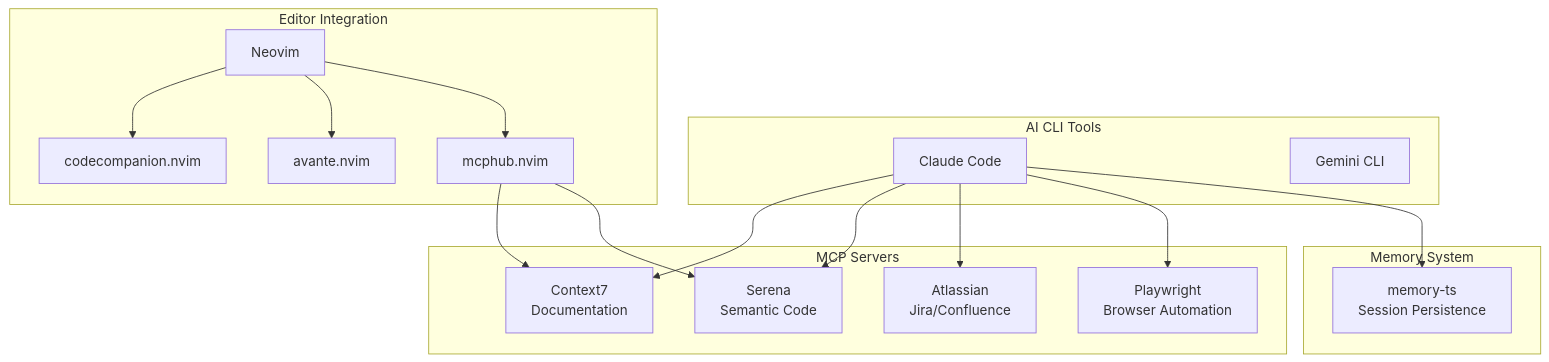
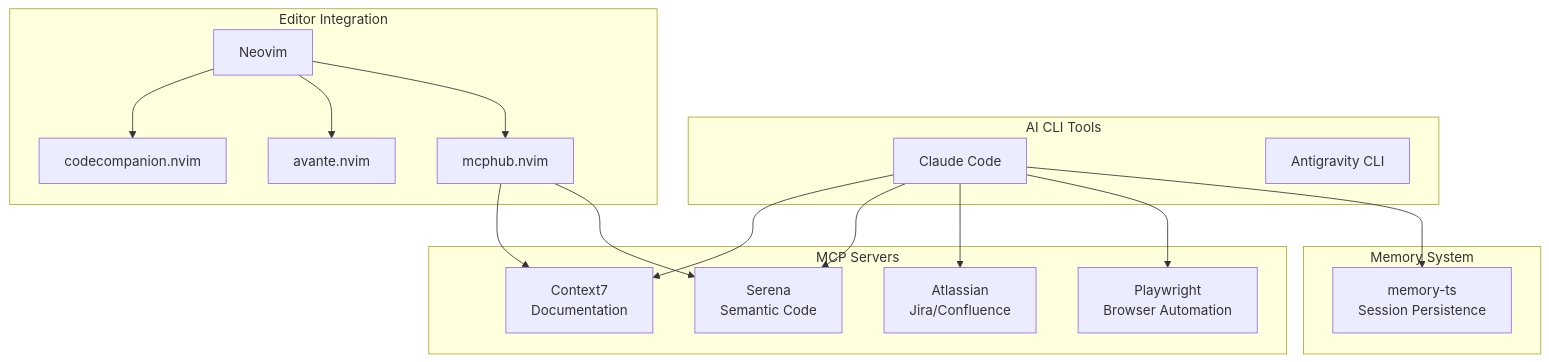
The first of 7 diagrams in docs/AI-MCP-ARCHITECTURE.md (idjoo/dotfiles), drawn with Mermaid before and after one commit. The commit also changed other lines of this file and 3 other files, not shown here.

Commit message:
docs(ai): 📝 rename gemini-cli docs to antigravity-cli

````diff
--- a/docs/AI-MCP-ARCHITECTURE.md
+++ b/docs/AI-MCP-ARCHITECTURE.md
@@ -22,37 +22,37 @@
 ```mermaid
 graph TB
     subgraph "AI CLI Tools"
         CC[Claude Code]
-        GC[Gemini CLI]
+        AG[Antigravity CLI]
     end
 
     subgraph "MCP Servers"
         CTX7[Context7<br/>Documentation]
         SER[Serena<br/>Semantic Code]
         ATL[Atlassian<br/>Jira/Confluence]
         PW[Playwright<br/>Browser Automation]
     end
 
     subgraph "Memory System"
         MEM[memory-ts<br/>Session Persistence]
     end
 
     subgraph "Editor Integration"
         NV[Neovim]
         CODECOMP[codecompanion.nvim]
         AVANTE[avante.nvim]
         MCPHUB[mcphub.nvim]
     end
 
     CC --> CTX7
     CC --> SER
     CC --> ATL
     CC --> PW
     CC --> MEM
 
     NV --> CODECOMP
     NV --> AVANTE
     NV --> MCPHUB
     MCPHUB --> CTX7
     MCPHUB --> SER
 ```
````
